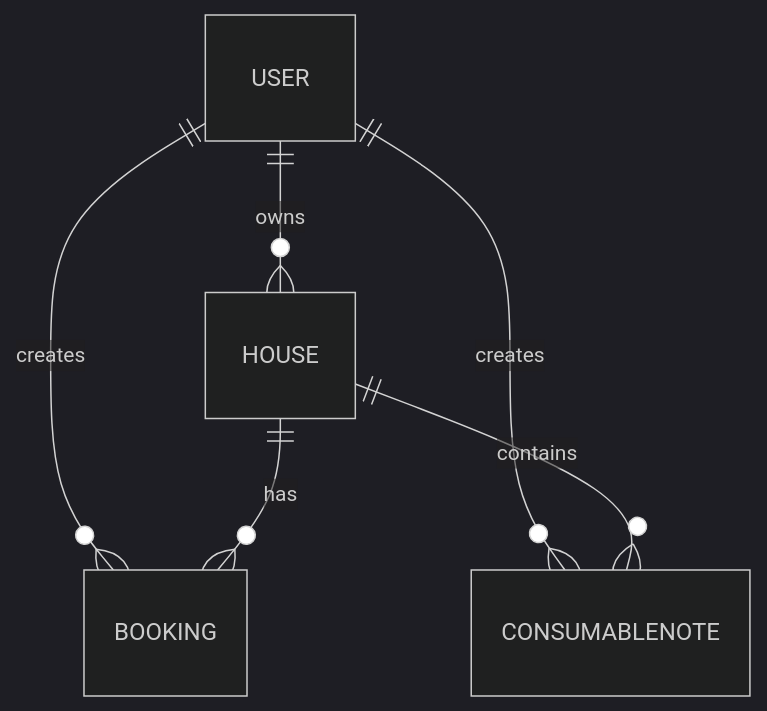
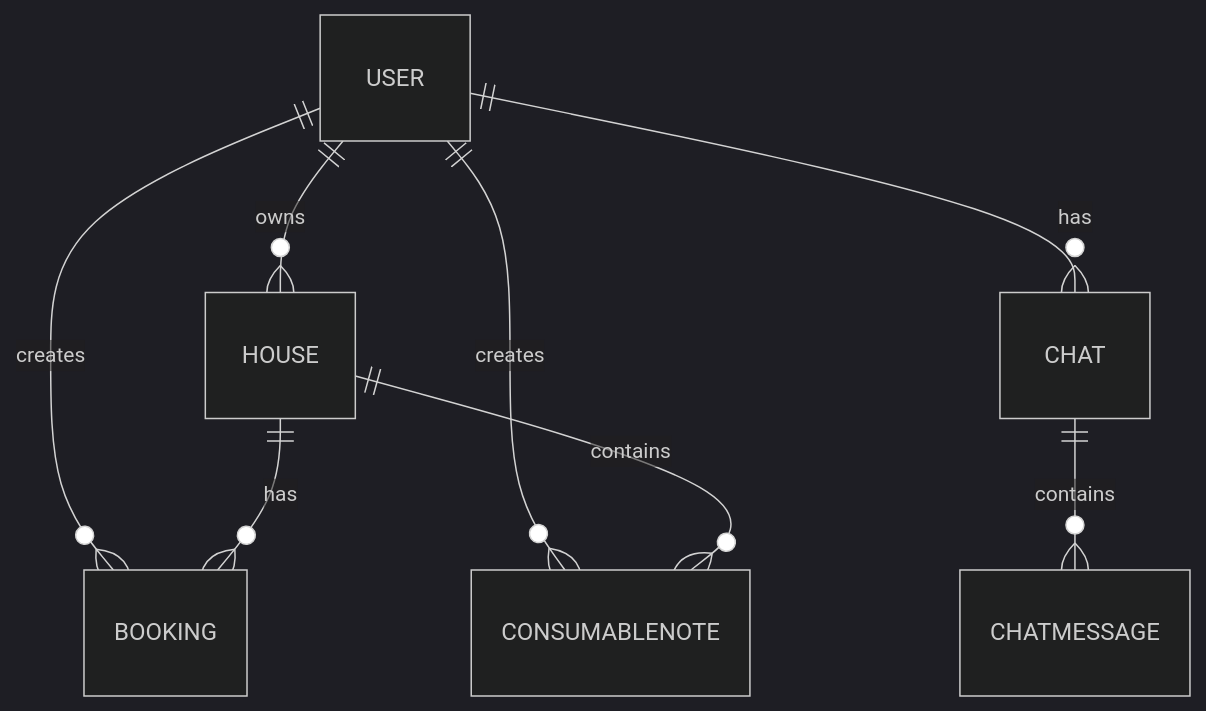
The second of 2 diagrams in docs/data-model.md (alfa24/mbt_booking_agent), drawn with Mermaid (dark theme) before and after one commit. The commit also changed other lines of this file and 28 other files, not shown here.

````diff
--- a/docs/data-model.md
+++ b/docs/data-model.md
@@ -216,8 +283,10 @@
 ```mermaid
 erDiagram
     USER ||--o{ HOUSE : owns
     USER ||--o{ BOOKING : creates
     USER ||--o{ CONSUMABLENOTE : creates
+    USER ||--o{ CHAT : has
     HOUSE ||--o{ BOOKING : has
     HOUSE ||--o{ CONSUMABLENOTE : contains
+    CHAT ||--o{ CHATMESSAGE : contains
 ```
````
